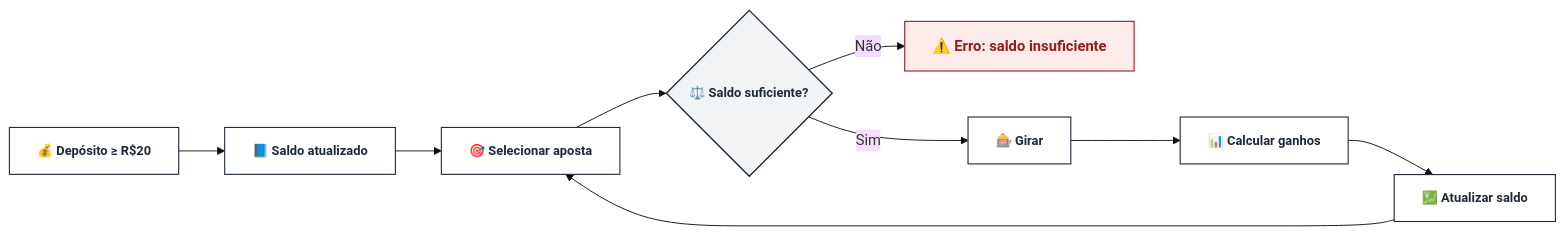
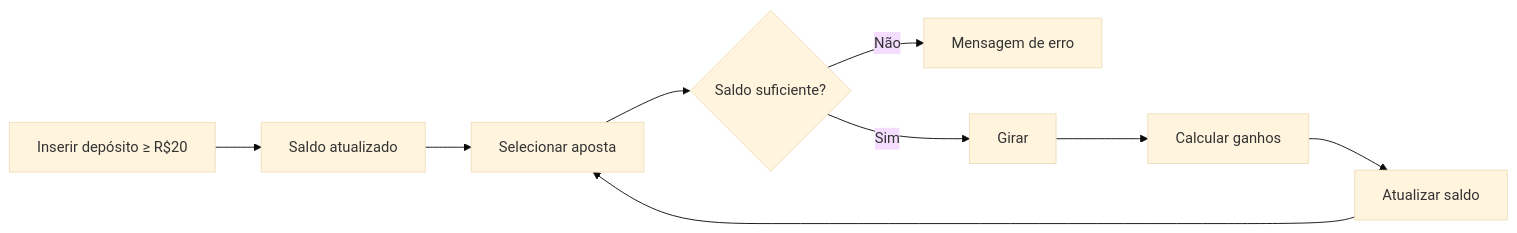
Before and after one commit to hmbenicio/SlotsEngine: the first of 2 diagrams in Docs/02-Especificação do Projeto.md, drawn with Mermaid (base theme).

Commit message:
Update 02-Especificação do Projeto.md

````diff
--- a/Docs/02-Especificação do Projeto.md
+++ b/Docs/02-Especificação do Projeto.md
@@ -26,33 +26,11 @@
 ```mermaid
 flowchart LR
-    %% --------- ESTILO CORPORATIVO ----------
-    classDef step fill:#ffffff,stroke:#1f2937,stroke-width:1.2px,color:#1f2937,font-size:14px,font-weight:bold;
-    classDef decision fill:#f3f4f6,stroke:#1f2937,stroke-width:1.5px,color:#1f2937,font-size:14px,font-weight:bold;
-    classDef error fill:#fdecea,stroke:#991b1b,stroke-width:1.2px,color:#991b1b,font-weight:bold;
-
-    %% --------- NÓS (COM ÍCONES DISCRETOS) ----------
-    A["💰 Depósito ≥ R$20"]
-    B["📘 Saldo atualizado"]
-    C["🎯 Selecionar aposta"]
-    D{"⚖️ Saldo suficiente?"}
-    M["⚠️ Erro: saldo insuficiente"]
-    E["🎰 Girar"]
-    F["📊 Calcular ganhos"]
-    G["💹 Atualizar saldo"]
-
-    %% --------- APLICAÇÃO DE CLASSES ----------
-    class A,B,C,E,F,G step;
-    class D decision;
-    class M error;
-
-    %% --------- FLUXO ----------
-    A --> B
-    B --> C
-    C --> D
-    D -- "Não" --> M
-    D -- "Sim" --> E
-    E --> F
-    F --> G
+    A[Inserir depósito ≥ R$20] --> B[Saldo atualizado]
+    B --> C[Selecionar aposta]
+    C --> D{Saldo suficiente?}
+    D -- Não --> M[Mensagem de erro]
+    D -- Sim --> E[Girar]
+    E --> F[Calcular ganhos]
+    F --> G[Atualizar saldo]
     G --> C
-
 ```
````
